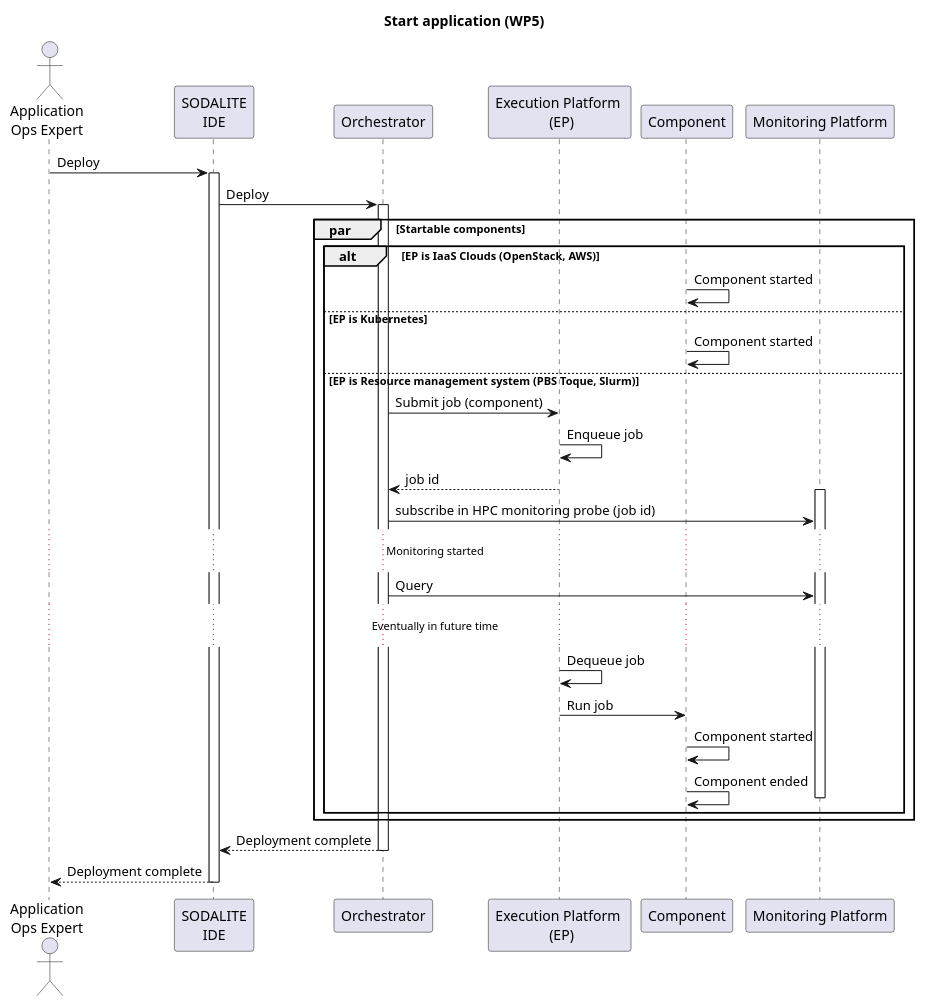
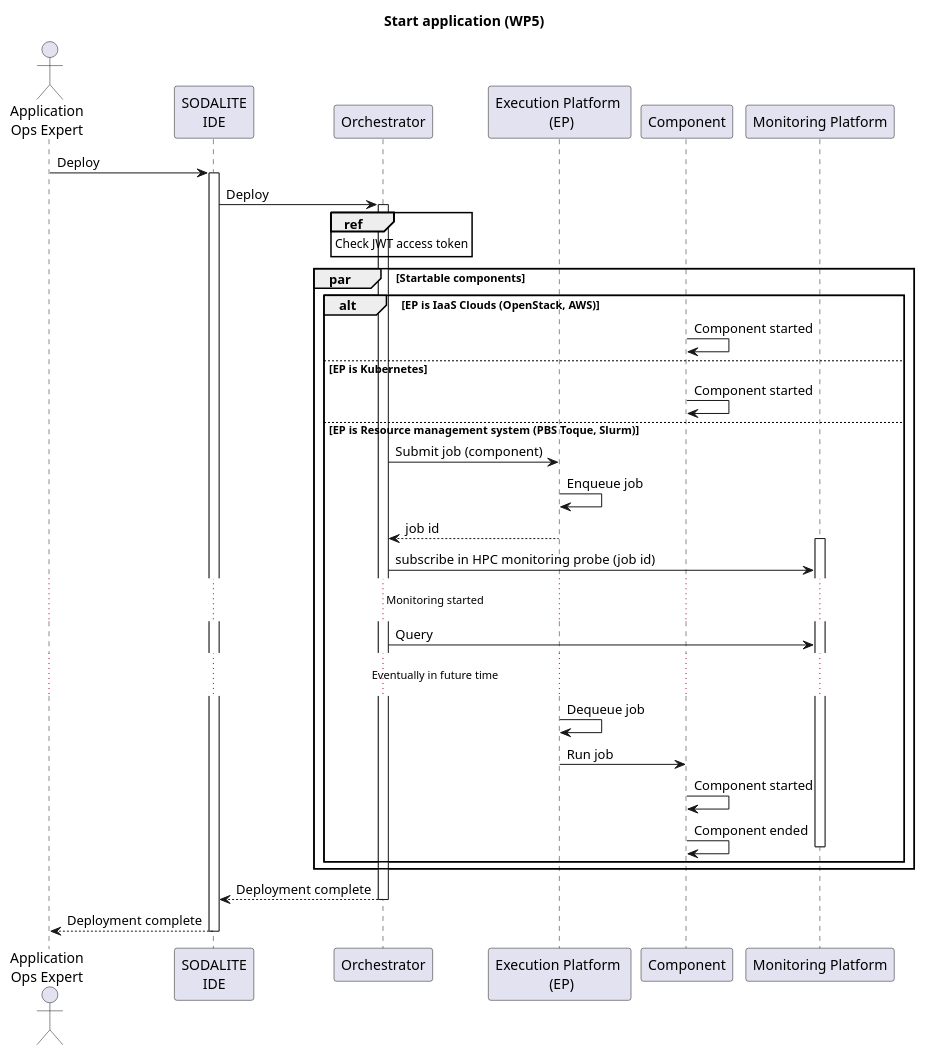
Before and after one commit to SODALITE-EU/project-wide-documentation: the diagram in uml/sequence-diagrams/UC-07-StartApplication-WP5.puml, drawn with PlantUML. The commit also changed 8 other files, not shown here.

```diff
--- a/uml/sequence-diagrams/UC-07-StartApplication-WP5.puml
+++ b/uml/sequence-diagrams/UC-07-StartApplication-WP5.puml
@@ -1,47 +1,47 @@
 @startuml
 
 title Start application (WP5)
 
 actor "Application\nOps Expert" as ops
 participant "SODALITE\nIDE" as ide
 participant  Orchestrator as orch
 participant "Execution Platform \n (EP)" as res
 participant "Component" as lre
 participant "Monitoring Platform" as mon
 
 ops->ide: Deploy
 activate ide
 ide->orch: Deploy
 activate orch
-
+ref over orch: Check JWT access token
 par Startable components
   alt EP is IaaS Clouds (OpenStack, AWS)
     lre->lre: Component started
   else EP is Kubernetes
     lre->lre: Component started
   else  EP is Resource management system (PBS Toque, Slurm)
     orch->res: Submit job (component)
     res->res: Enqueue job
     orch<--res: job id
     activate mon
     orch->mon: subscribe in HPC monitoring probe (job id)
     ...Monitoring started...
     orch->mon: Query
     ... Eventually in future time ...
     res->res: Dequeue job
     res->lre: Run job
     lre->lre: Component started
     lre->lre: Component ended
     deactivate mon
   end
 
 end
 
 
 
 orch-->ide: Deployment complete
 deactivate orch
 ide-->ops: Deployment complete
 deactivate ide
 
 @enduml
```
